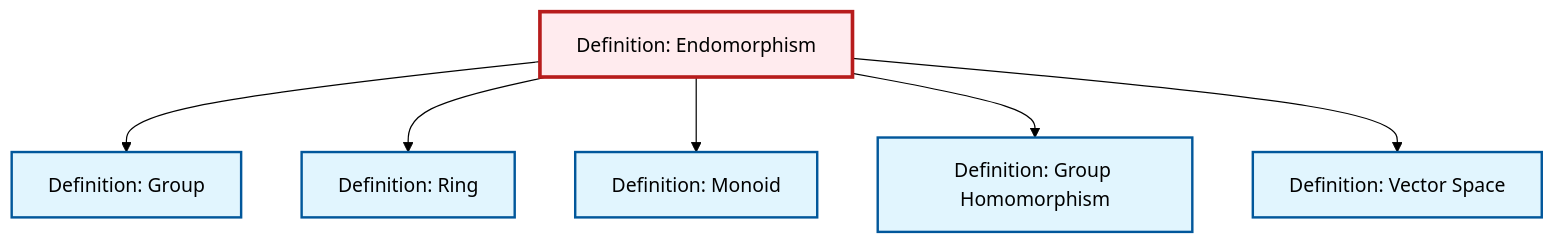
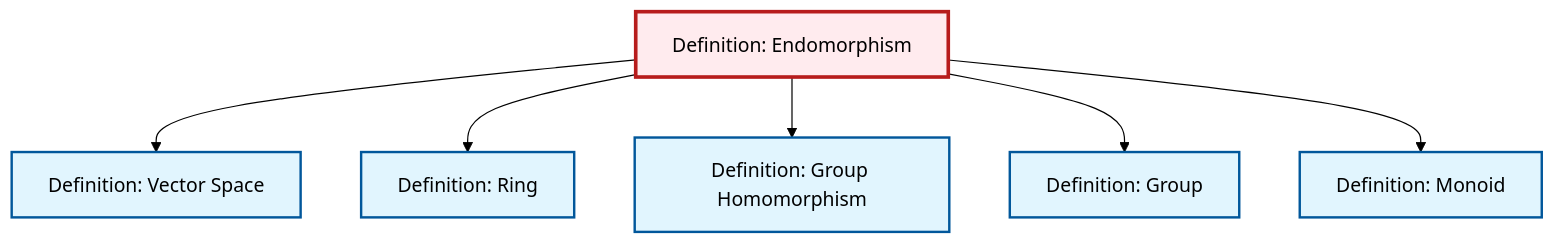
One commit to RK0429/ModernMath changed the diagram in content/en/algebra/def-endomorphism.qmd. Above: the diagram before and after it, drawn with Mermaid (forest theme). The commit also changed other lines of this file and 328 other files, not shown here.

````diff
--- a/content/en/algebra/def-endomorphism.qmd
+++ b/content/en/algebra/def-endomorphism.qmd
@@ -88,26 +88,26 @@
 ```{mermaid}
 %%| fig-cap: "Local dependency graph"
 graph TD
     classDef definition fill:#e1f5fe,stroke:#01579b,stroke-width:2px
     classDef theorem fill:#f3e5f5,stroke:#4a148c,stroke-width:2px
     classDef axiom fill:#fff3e0,stroke:#e65100,stroke-width:2px
     classDef example fill:#e8f5e9,stroke:#1b5e20,stroke-width:2px
     classDef current fill:#ffebee,stroke:#b71c1c,stroke-width:3px
+    def-endomorphism["Definition: Endomorphism"]:::definition
+    def-vector-space["Definition: Vector Space"]:::definition
+    def-ring["Definition: Ring"]:::definition
+    def-homomorphism["Definition: Group Homomorphism"]:::definition
+    def-group["Definition: Group"]:::definition
     def-monoid["Definition: Monoid"]:::definition
-    def-endomorphism["Definition: Endomorphism"]:::definition
-    def-homomorphism["Definition: Group Homomorphism"]:::definition
-    def-ring["Definition: Ring"]:::definition
-    def-group["Definition: Group"]:::definition
-    def-vector-space["Definition: Vector Space"]:::definition
+    def-endomorphism --> def-vector-space
+    def-endomorphism --> def-ring
+    def-endomorphism --> def-homomorphism
     def-endomorphism --> def-group
-    def-endomorphism --> def-ring
     def-endomorphism --> def-monoid
-    def-endomorphism --> def-homomorphism
-    def-endomorphism --> def-vector-space
     class def-endomorphism current
+    click def-vector-space "def-vector-space.html" "Go to Vector Space definition"
+    click def-ring "def-ring.html" "Go to Ring definition"
+    click def-homomorphism "def-homomorphism.html" "Go to Group Homomorphism definition"
+    click def-group "def-group.html" "Go to Group definition"
     click def-monoid "def-monoid.html" "Go to Monoid definition"
-    click def-homomorphism "def-homomorphism.html" "Go to Group Homomorphism definition"
-    click def-ring "def-ring.html" "Go to Ring definition"
-    click def-group "def-group.html" "Go to Group definition"
-    click def-vector-space "def-vector-space.html" "Go to Vector Space definition"
 ```
````
